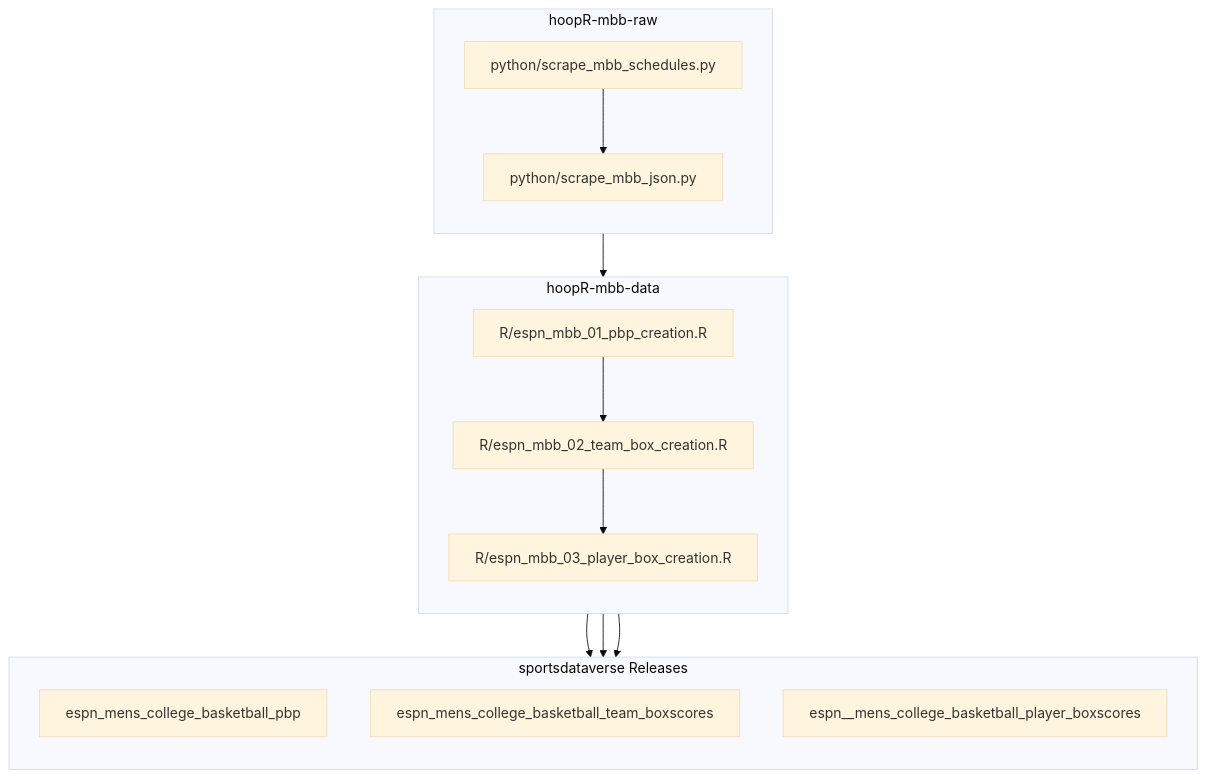
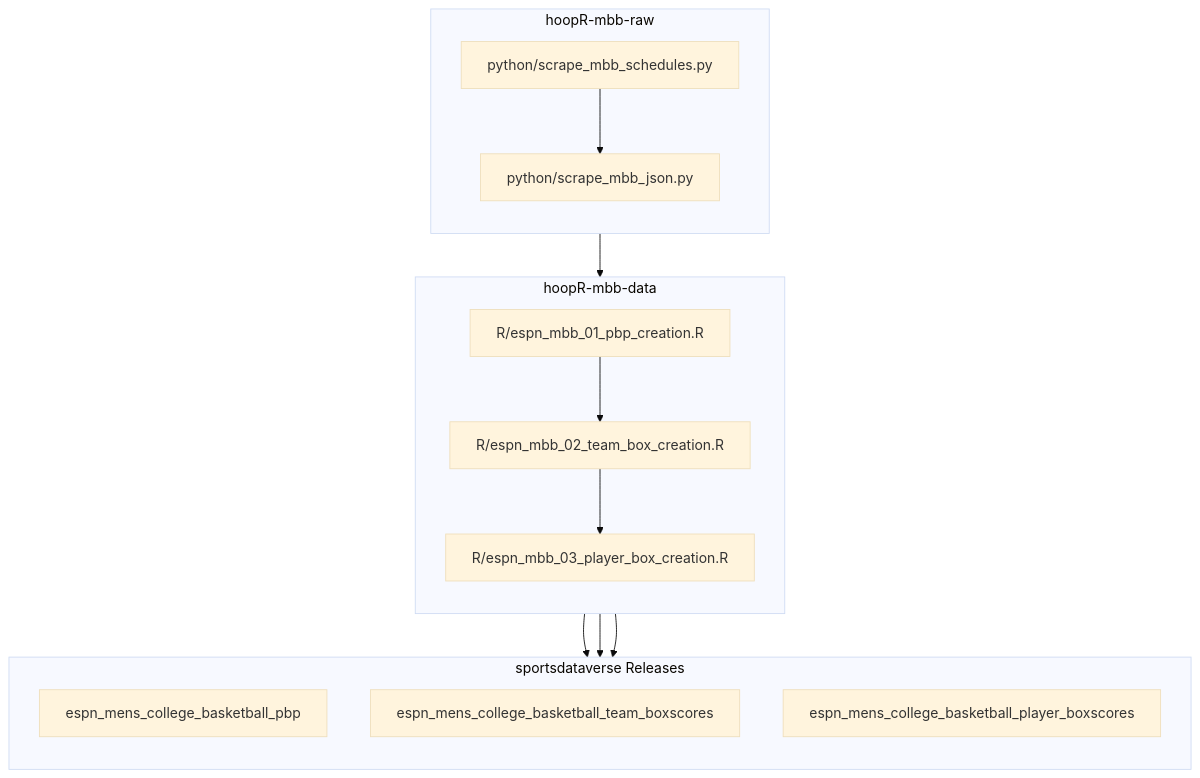
The second of 2 diagrams in README.md (sportsdataverse/hoopR-mbb-data), drawn with Mermaid (base theme) before and after one commit.

````diff
--- a/README.md
+++ b/README.md
@@ -14,26 +14,26 @@
 ```mermaid
 flowchart TB;
     subgraph A[hoopR-mbb-raw];
         direction TB;
         A1[python/scrape_mbb_schedules.py]-->A2[python/scrape_mbb_json.py];
     end;
 
     subgraph B[hoopR-mbb-data];
         direction TB;
         B1[R/espn_mbb_01_pbp_creation.R]-->B2[R/espn_mbb_02_team_box_creation.R];
         B2[R/espn_mbb_02_team_box_creation.R]-->B3[R/espn_mbb_03_player_box_creation.R];
     end;
 
     subgraph C[sportsdataverse Releases];
         direction TB;
         C1[espn_mens_college_basketball_pbp];
         C2[espn_mens_college_basketball_team_boxscores];
-        C3[espn__mens_college_basketball_player_boxscores];
+        C3[espn_mens_college_basketball_player_boxscores];
     end;
 
     A-->B;
     B-->C1;
     B-->C2;
     B-->C3;
 
 ```
````
